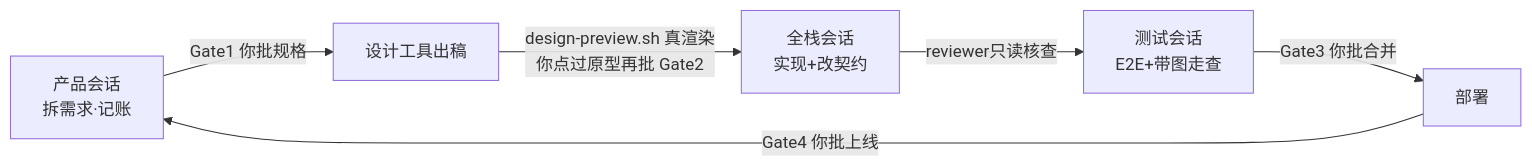
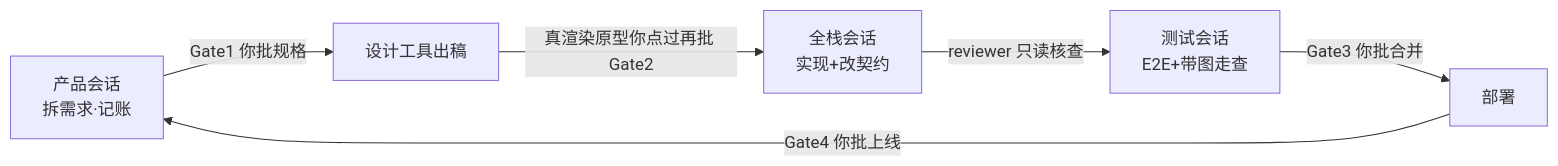
One commit to HaiYangBG1/BuildBeat changed the diagram in README.md. Above: the diagram before and after it, drawn with Mermaid. The commit also changed other lines of this file and 1 other file, not shown here.

Commit message:
fix: README mermaid 在 GitHub 渲染失败(标签全加引号+br闭合)+ 举例补第一次对话设定角色

````diff
--- a/README.md
+++ b/README.md
@@ -69,8 +71,8 @@
 ```mermaid
 flowchart LR
-    PM[产品会话<br>拆需求·记账] -->|Gate1 你批规格| Design[设计工具出稿]
-    Design -->|"design-preview.sh 真渲染<br>你点过原型再批 Gate2"| Deliver[全栈会话<br>实现+改契约]
-    Deliver -->|reviewer只读核查| Verify[测试会话<br>E2E+带图走查]
-    Verify -->|Gate3 你批合并| Deploy[部署]
-    Deploy -->|Gate4 你批上线| PM
+    PM["产品会话<br/>拆需求·记账"] -->|"Gate1 你批规格"| Design["设计工具出稿"]
+    Design -->|"真渲染原型你点过再批 Gate2"| Deliver["全栈会话<br/>实现+改契约"]
+    Deliver -->|"reviewer 只读核查"| Verify["测试会话<br/>E2E+带图走查"]
+    Verify -->|"Gate3 你批合并"| Deploy["部署"]
+    Deploy -->|"Gate4 你批上线"| PM
 ```
````
